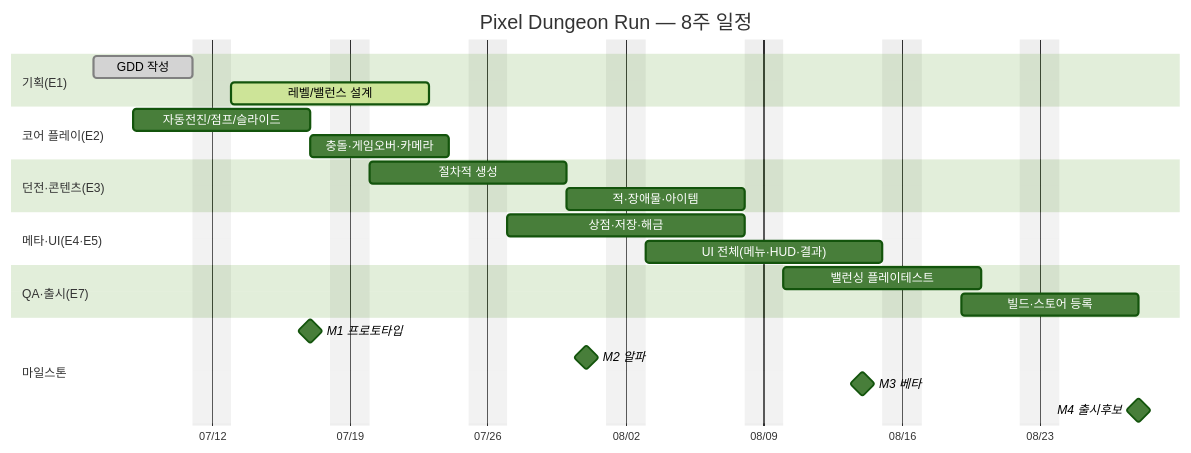
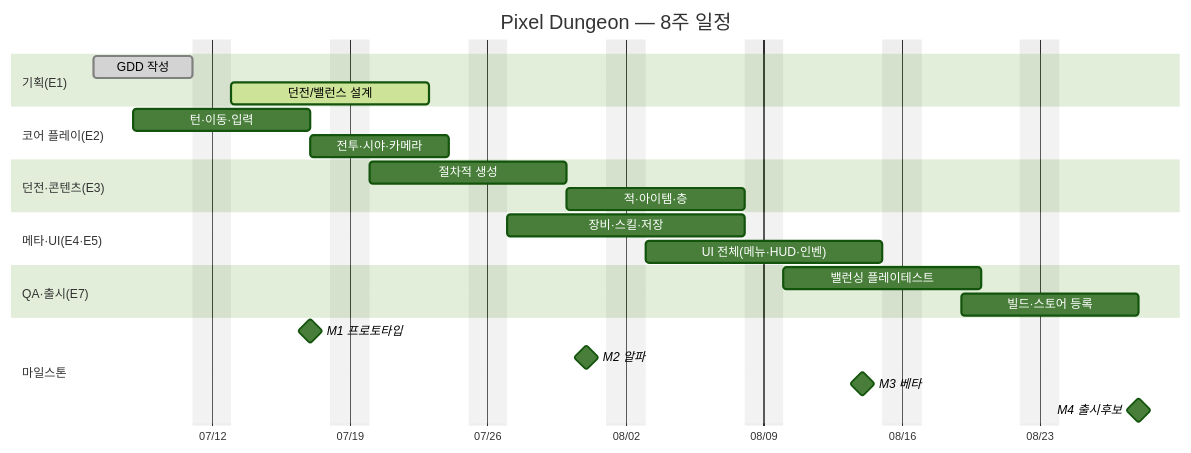
One commit to bbnotest/Smart4_PM changed the second of 2 diagrams in 00_Overview/03_Game_Project_Scenario.md. Above: the diagram before and after it, drawn with Mermaid (forest theme). The commit also changed other lines of this file and 36 other files, not shown here.

````diff
--- a/00_Overview/03_Game_Project_Scenario.md
+++ b/00_Overview/03_Game_Project_Scenario.md
@@ -125,33 +120,33 @@
 ```mermaid
 gantt
-    title Pixel Dungeon Run — 8주 일정
+    title Pixel Dungeon — 8주 일정
     dateFormat YYYY-MM-DD
     axisFormat %m/%d
     excludes weekends
 
     section 기획(E1)
     GDD 작성              :done,    e11, 2026-07-06, 5d
-    레벨/밸런스 설계       :active,  e12, 2026-07-13, 8d
+    던전/밸런스 설계       :active,  e12, 2026-07-13, 8d
 
     section 코어 플레이(E2)
-    자동전진/점프/슬라이드  :         e21, 2026-07-08, 7d
-    충돌·게임오버·카메라    :         e24, after e21, 5d
+    턴·이동·입력           :         e21, 2026-07-08, 7d
+    전투·시야·카메라        :         e24, after e21, 5d
 
     section 던전·콘텐츠(E3)
     절차적 생성            :         e31, 2026-07-20, 8d
-    적·장애물·아이템        :         e33, after e31, 7d
+    적·아이템·층           :         e33, after e31, 7d
 
     section 메타·UI(E4·E5)
-    상점·저장·해금          :         e41, 2026-07-27, 10d
-    UI 전체(메뉴·HUD·결과)  :         e51, 2026-08-03, 10d
+    장비·스킬·저장          :         e41, 2026-07-27, 10d
+    UI 전체(메뉴·HUD·인벤)  :         e51, 2026-08-03, 10d
 
     section QA·출시(E7)
     밸런싱 플레이테스트     :         e73, 2026-08-10, 8d
     빌드·스토어 등록        :         e74, 2026-08-19, 7d
 
     section 마일스톤
     M1 프로토타입          :milestone, m1, 2026-07-17, 0d
     M2 알파               :milestone, m2, 2026-07-31, 0d
     M3 베타               :milestone, m3, 2026-08-14, 0d
     M4 출시후보           :milestone, m4, 2026-08-28, 0d
 ```
````
